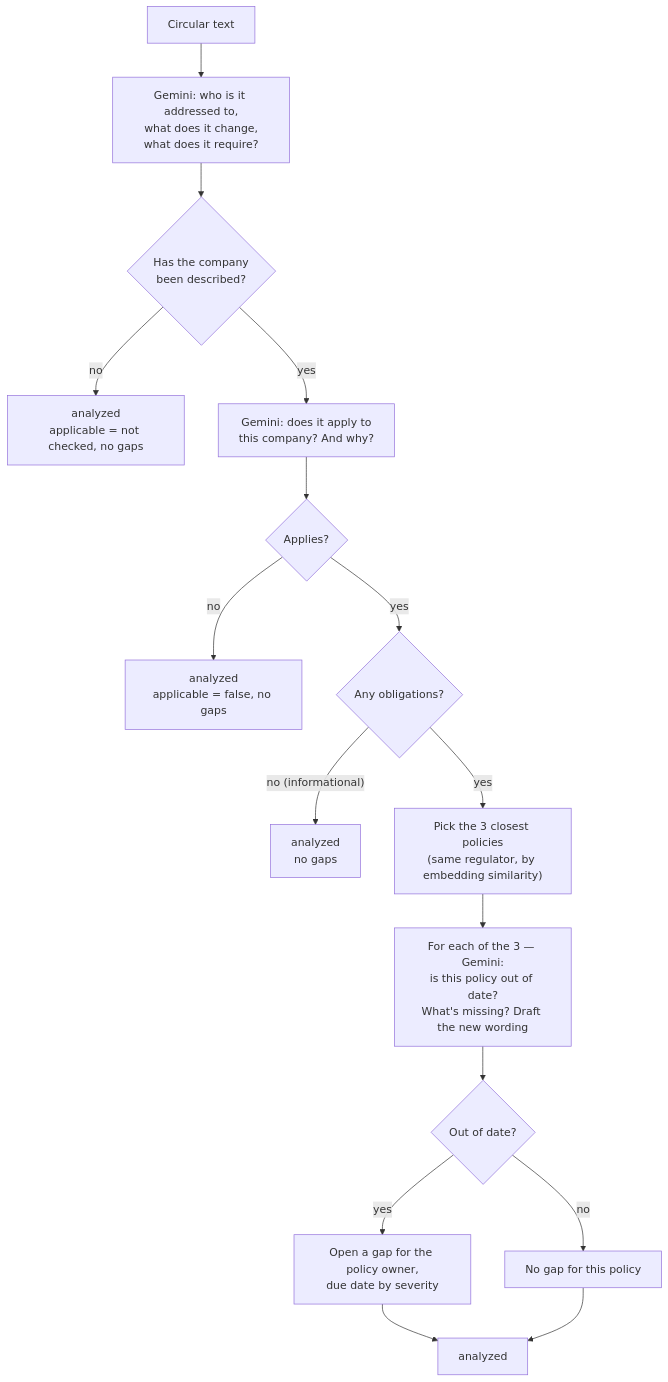
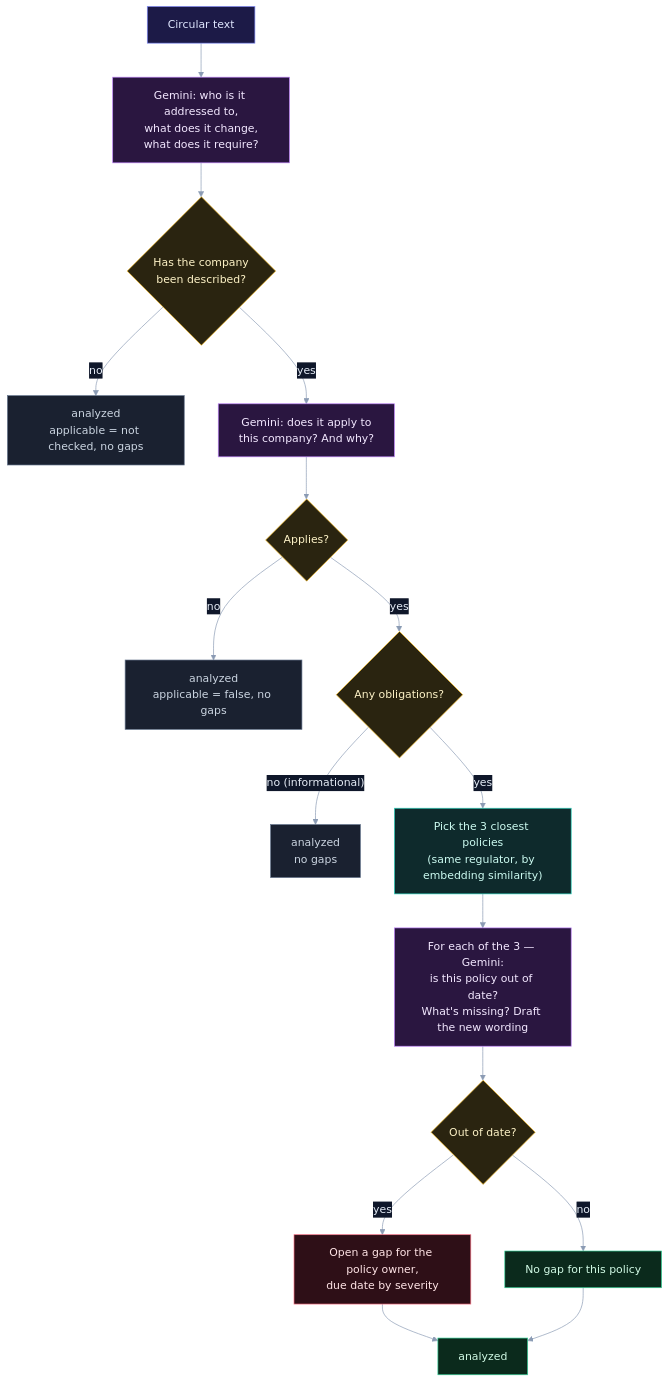
The seventh of 21 diagrams in how_it_works.md (selvakumarperumal/Regulatory_Circular_Impact_Agent), drawn with Mermaid before and after one commit. The commit also changed other lines of this file and 1 other file, not shown here.

````diff
--- a/how_it_works.md
+++ b/how_it_works.md
@@ -301,18 +383,36 @@
 ```mermaid
+%%{init: {"theme": "base", "themeVariables": {"darkMode": true, "primaryColor": "#16213a", "primaryTextColor": "#e6edf7", "primaryBorderColor": "#475a7a", "lineColor": "#8b9bb4", "secondaryColor": "#1b2436", "tertiaryColor": "#101a2e", "edgeLabelBackground": "#0f172a", "textColor": "#e2e8f0", "clusterBkg": "#0f1728", "clusterBorder": "#2b3a55", "titleColor": "#c4b5fd", "nodeTextColor": "#e6edf7"}}}%%
 flowchart TD
     text["Circular text"] --> q1["Gemini: who is it addressed to,<br/>what does it change,<br/>what does it require?"]
     q1 --> described{"Has the company<br/>been described?"}
     described -->|no| doneUnknown["analyzed<br/>applicable = not checked, no gaps"]
     described -->|yes| q2["Gemini: does it apply to<br/>this company? And why?"]
     q2 --> applies{"Applies?"}
     applies -->|no| doneNo["analyzed<br/>applicable = false, no gaps"]
     applies -->|yes| anyReq{"Any obligations?"}
     anyReq -->|"no (informational)"| doneInfo["analyzed<br/>no gaps"]
     anyReq -->|yes| match["Pick the 3 closest policies<br/>(same regulator, by embedding similarity)"]
     match --> q3["For each of the 3 — Gemini:<br/>is this policy out of date?<br/>What's missing? Draft the new wording"]
     q3 --> impacted{"Out of date?"}
     impacted -->|yes| gap["Open a gap for the policy owner,<br/>due date by severity"]
     impacted -->|no| ok["No gap for this policy"]
     gap --> done["analyzed"]
     ok --> done
+
+    classDef svc fill:#0e2a2c,stroke:#2dd4bf,color:#ccfbf1
+    classDef data fill:#1c1a47,stroke:#818cf8,color:#e0e7ff
+    classDef ext fill:#2a1640,stroke:#c084fc,color:#f3e8ff
+    classDef gpu fill:#2d1b0c,stroke:#fb923c,color:#ffedd5
+    classDef ask fill:#2a2410,stroke:#fbbf24,color:#fef3c7
+    classDef ok fill:#0b2a1c,stroke:#34d399,color:#d1fae5
+    classDef bad fill:#2e0f17,stroke:#fb7185,color:#ffe4e6
+    classDef start fill:#1c2a0e,stroke:#a7ef6f,color:#ecfccb
+    classDef muted fill:#1a2130,stroke:#64748b,color:#cbd5e1
+    class text data
+    class q1,q2,q3 ext
+    class described,applies,anyReq,impacted ask
+    class doneUnknown,doneNo,doneInfo muted
+    class match svc
+    class gap bad
+    class ok,done ok
 ```
````
